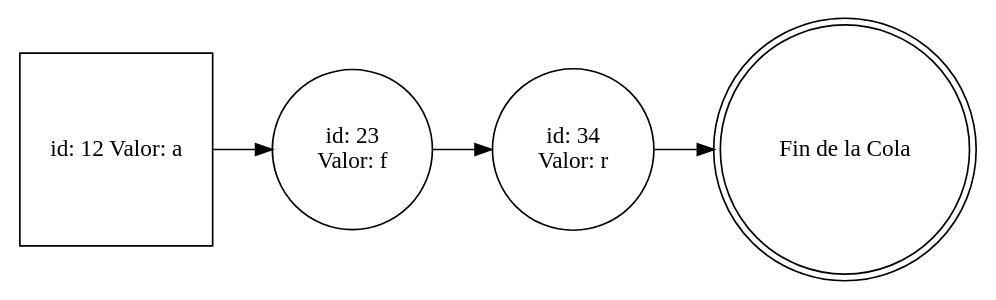
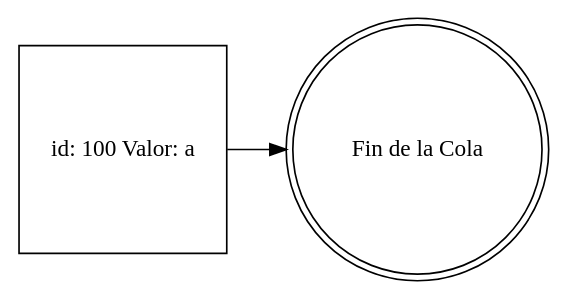
One commit to JColindres/EDD changed the diagram in Practica1/cola.dot. Above: the diagram before and after it, drawn with Graphviz. The commit also changed 26 other files, not shown here.

```diff
--- a/Practica1/cola.dot
+++ b/Practica1/cola.dot
@@ -1,12 +1,8 @@
-digraph G { rankdir=LR;
+digraph G {
 
-0[shape=square,label="id: 12 Valor: a"];
-1[shape=circle,label="id: 23
-Valor: f"];
+rankdir=LR;
+
+0[shape=square,label="id: 100 Valor: a"];
+1[shape=doublecircle,label="Fin de la Cola"];
 0->1;
-2[shape=circle,label="id: 34
-Valor: r"];
-1->2;
-3[shape=doublecircle,label="Fin de la Cola"];
-2->3;
 }
```
